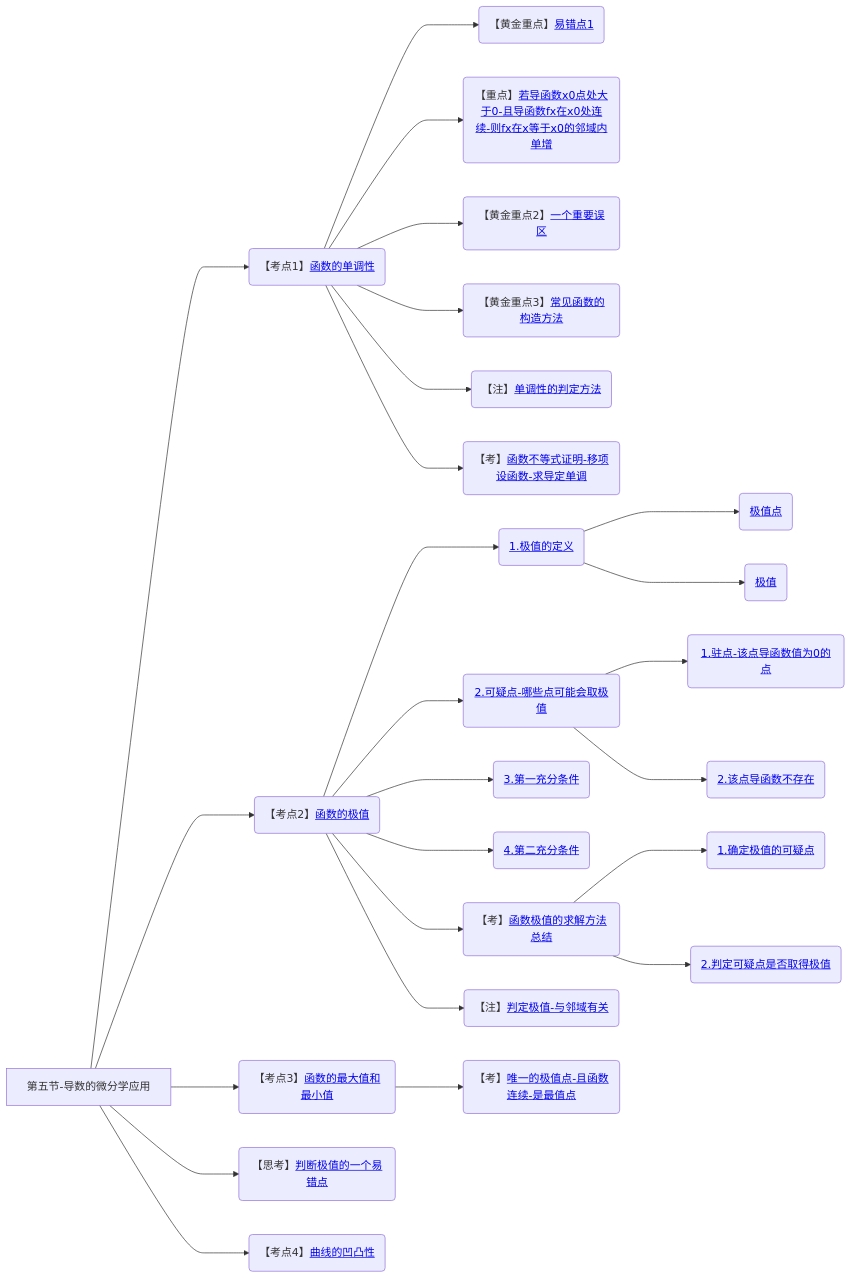
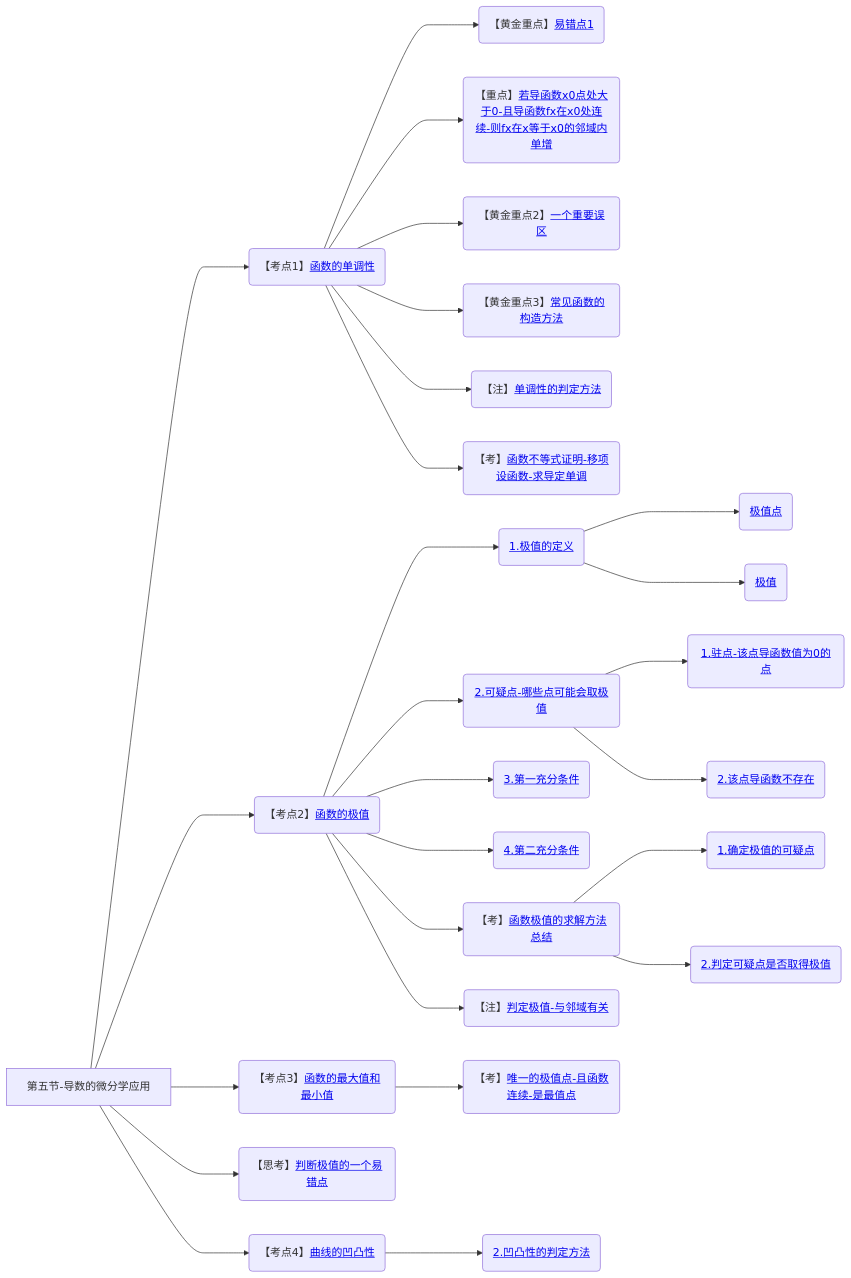
One commit to yuebinghui/note changed diagram 15 of 15 in 笔记/数学/周洋鑫/01.基础班思维导图.md. Above: the diagram before and after it, drawn with Mermaid. The commit also changed 5 other files, not shown here.

````diff
--- a/笔记/数学/周洋鑫/01.基础班思维导图.md
+++ b/笔记/数学/周洋鑫/01.基础班思维导图.md
@@ -530,33 +530,34 @@
 ```mermaid
 graph LR
 第五节-导数的微分学应用
 
 第五节-导数的微分学应用--->函数的单调性(【考点1】<a href="/Users/yuebinghui/Documents/program/github/note/笔记/数学/周洋鑫/基础班/15.导数的微分学应用_1.md#函数的单调性">函数的单调性</>)
 函数的单调性--->易错点1(【黄金重点】<a href="/Users/yuebinghui/Documents/program/github/note/笔记/数学/周洋鑫/基础班/15.导数的微分学应用_1.md#易错点1">易错点1</>)
 函数的单调性--->若导函数x0点处大于0-且导函数fx在x0处连续-则fx在x等于x0的邻域内单增(【重点】<a href="/Users/yuebinghui/Documents/program/github/note/笔记/数学/周洋鑫/基础班/15.导数的微分学应用_1.md#若导函数x0点处大于0-且导函数fx在x0处连续-则fx在x等于x0的邻域内单增">若导函数x0点处大于0-且导函数fx在x0处连续-则fx在x等于x0的邻域内单增</>)
 函数的单调性--->一个重要误区(【黄金重点2】<a href="/Users/yuebinghui/Documents/program/github/note/笔记/数学/周洋鑫/基础班/15.导数的微分学应用_1.md#一个重要误区">一个重要误区</>)
 函数的单调性--->常见函数的构造方法(【黄金重点3】<a href="/Users/yuebinghui/Documents/program/github/note/笔记/数学/周洋鑫/基础班/15.导数的微分学应用_1.md#常见函数的构造方法">常见函数的构造方法</>)
 函数的单调性--->单调性的判定方法(【注】<a href="/Users/yuebinghui/Documents/program/github/note/笔记/数学/周洋鑫/基础班/15.导数的微分学应用_1.md#单调性的判定方法">单调性的判定方法</>)
 函数的单调性--->函数不等式证明-移项设函数-求导定单调(【考】<a href="/Users/yuebinghui/Documents/program/github/note/笔记/数学/周洋鑫/基础班/15.导数的微分学应用_1.md#函数不等式证明-移项设函数-求导定单调">函数不等式证明-移项设函数-求导定单调</>)
 
 第五节-导数的微分学应用--->函数的极值(【考点2】<a href="/Users/yuebinghui/Documents/program/github/note/笔记/数学/周洋鑫/基础班/16.导数的微分学应用_2.md#函数的极值">函数的极值</>)
 函数的极值--->1.极值的定义(<a href="/Users/yuebinghui/Documents/program/github/note/笔记/数学/周洋鑫/基础班/16.导数的微分学应用_2.md#1.极值的定义">1.极值的定义</>)
 1.极值的定义--->极值点(<a href="/Users/yuebinghui/Documents/program/github/note/笔记/数学/周洋鑫/基础班/16.导数的微分学应用_2.md#极值点">极值点</>)
 1.极值的定义--->极值(<a href="/Users/yuebinghui/Documents/program/github/note/笔记/数学/周洋鑫/基础班/16.导数的微分学应用_2.md#极值">极值</>)
 函数的极值--->2.可疑点-哪些点可能会取极值(<a href="/Users/yuebinghui/Documents/program/github/note/笔记/数学/周洋鑫/基础班/16.导数的微分学应用_2.md#2.可疑点-哪些点可能会取极值">2.可疑点-哪些点可能会取极值</>)
 2.可疑点-哪些点可能会取极值--->1.驻点-该点导函数值为0的点(<a href="/Users/yuebinghui/Documents/program/github/note/笔记/数学/周洋鑫/基础班/16.导数的微分学应用_2.md#1.驻点-该点导函数值为0的点">1.驻点-该点导函数值为0的点</>)
 2.可疑点-哪些点可能会取极值--->2.该点导函数不存在(<a href="/Users/yuebinghui/Documents/program/github/note/笔记/数学/周洋鑫/基础班/16.导数的微分学应用_2.md#2.该点导函数不存在">2.该点导函数不存在</>)
 函数的极值--->3.第一充分条件(<a href="/Users/yuebinghui/Documents/program/github/note/笔记/数学/周洋鑫/基础班/16.导数的微分学应用_2.md#3.第一充分条件">3.第一充分条件</>)
 函数的极值--->4.第二充分条件(<a href="/Users/yuebinghui/Documents/program/github/note/笔记/数学/周洋鑫/基础班/16.导数的微分学应用_2.md#4.第二充分条件">4.第二充分条件</>)
 函数的极值--->函数极值的求解方法总结(【考】<a href="/Users/yuebinghui/Documents/program/github/note/笔记/数学/周洋鑫/基础班/16.导数的微分学应用_2.md#函数极值的求解方法总结">函数极值的求解方法总结</>)
 函数极值的求解方法总结--->1.确定极值的可疑点(<a href="/Users/yuebinghui/Documents/program/github/note/笔记/数学/周洋鑫/基础班/16.导数的微分学应用_2.md#1.确定极值的可疑点">1.确定极值的可疑点</>)
 函数极值的求解方法总结--->2.判定可疑点是否取得极值(<a href="/Users/yuebinghui/Documents/program/github/note/笔记/数学/周洋鑫/基础班/16.导数的微分学应用_2.md#2.判定可疑点是否取得极值">2.判定可疑点是否取得极值</>)
 函数的极值--->判定极值-与邻域有关(【注】<a href="/Users/yuebinghui/Documents/program/github/note/笔记/数学/周洋鑫/基础班/16.导数的微分学应用_2.md#判定极值-与邻域有关">判定极值-与邻域有关</>)
 
 第五节-导数的微分学应用--->函数的最大值和最小值(【考点3】<a href="/Users/yuebinghui/Documents/program/github/note/笔记/数学/周洋鑫/基础班/16.导数的微分学应用_2.md#函数的最大值和最小值">函数的最大值和最小值</>)
 函数的最大值和最小值--->唯一的极值点-且函数连续-是最值点(【考】<a href="/Users/yuebinghui/Documents/program/github/note/笔记/数学/周洋鑫/基础班/16.导数的微分学应用_2.md#唯一的极值点-且函数连续-是最值点">唯一的极值点-且函数连续-是最值点</>)
 
 第五节-导数的微分学应用--->一个易错点(【思考】<a href="/Users/yuebinghui/Documents/program/github/note/笔记/数学/周洋鑫/基础班/17.导数的微分学应用_3.md#一个易错点">判断极值的一个易错点</>)
 
 第五节-导数的微分学应用--->曲线的凹凸性(【考点4】<a href="/Users/yuebinghui/Documents/program/github/note/笔记/数学/周洋鑫/基础班/17.导数的微分学应用_3.md#曲线的凹凸性">曲线的凹凸性</>)
+曲线的凹凸性--->2.凹凸性的判定方法(<a href="/Users/yuebinghui/Documents/program/github/note/笔记/数学/周洋鑫/基础班/17.导数的微分学应用_3.md#2.凹凸性的判定方法">2.凹凸性的判定方法</>)
 ```
````
